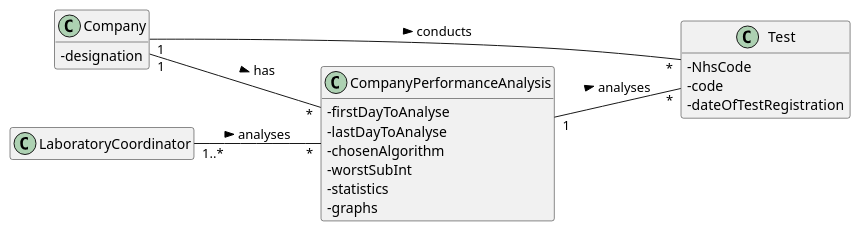
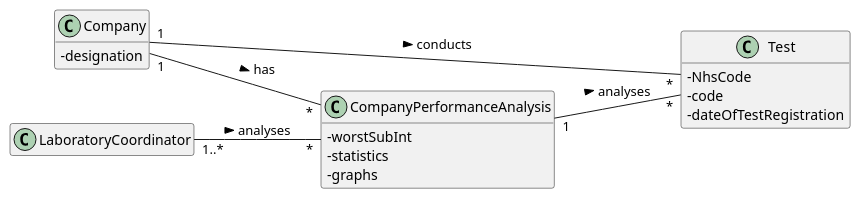
The diagram in docs/SprintD/US_16/US16_DM.puml (ana-albergaria/LAPR2-ISEP), drawn with PlantUML before and after one commit. The commit also changed 2 other files, not shown here.

```diff
--- a/docs/SprintD/US_16/US16_DM.puml
+++ b/docs/SprintD/US_16/US16_DM.puml
@@ -1,35 +1,35 @@
 @startuml
 
 skinparam classAttributeIconSize 0
 hide empty methods
 hide empty attributes
 left to right direction
 
 class Company{
 - designation
 }
 
 class Test{
 - NhsCode
 - code
 - dateOfTestRegistration
 }
 
 class LaboratoryCoordinator{
 }
 
 class CompanyPerformanceAnalysis{
-- firstDayToAnalyse
-- lastDayToAnalyse
-- chosenAlgorithm
+'- firstDayToAnalyse
+'- lastDayToAnalyse
+'- chosenAlgorithm
 - worstSubInt
 - statistics
 - graphs
 }
 
 Company "1" -- "*" Test : conducts >
 LaboratoryCoordinator "1..*" -- "*" CompanyPerformanceAnalysis : analyses >
 Company "1" -- "*" CompanyPerformanceAnalysis : has >
 CompanyPerformanceAnalysis "1" -- "*" Test : analyses >
 
 @enduml
```
